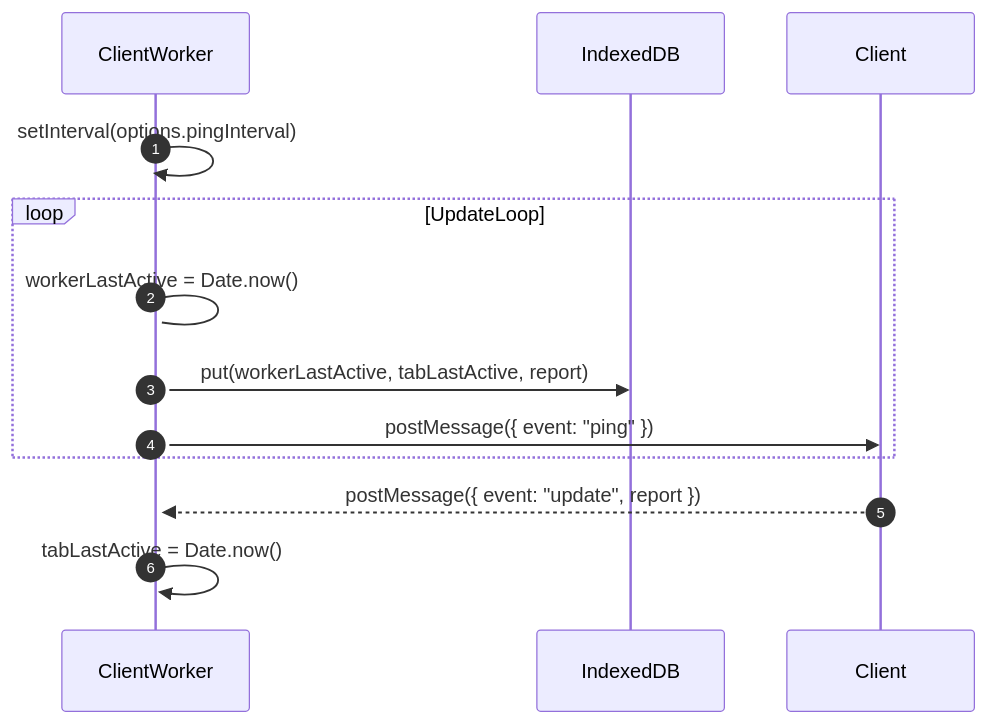
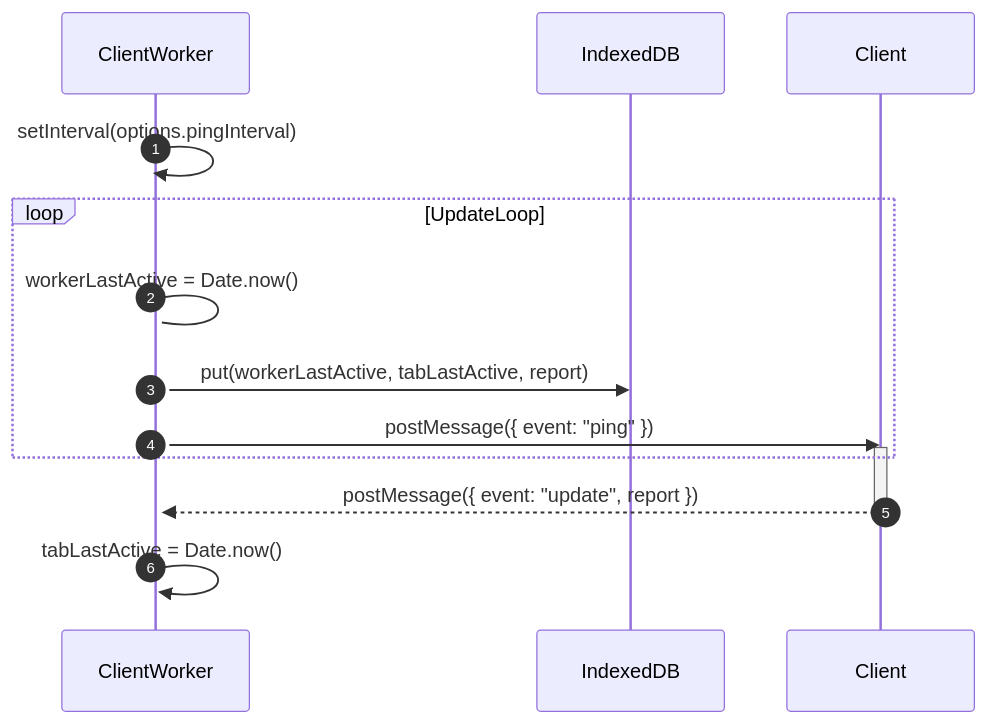
One commit to ifrost/crashme changed the fourth of 6 diagrams in public/lib/README.md. Above: the diagram before and after it, drawn with Mermaid. The commit also changed other lines of this file and 1 other file, not shown here.

````diff
--- a/public/lib/README.md
+++ b/public/lib/README.md
@@ -64,12 +66,14 @@
 ```mermaid
 sequenceDiagram
     autonumber
     ClientWorker->>+ClientWorker: setInterval(options.pingInterval)
     loop UpdateLoop
       ClientWorker->ClientWorker: workerLastActive = Date.now();
       ClientWorker->>IndexedDB: put(workerLastActive, tabLastActive, report)
       ClientWorker->>Client: postMessage({ event: "ping" });
+      activate Client
     end
     Client-->>ClientWorker: postMessage({ event: "update", report });
+    deactivate Client
     ClientWorker->>ClientWorker: tabLastActive = Date.now()
 ```
````
